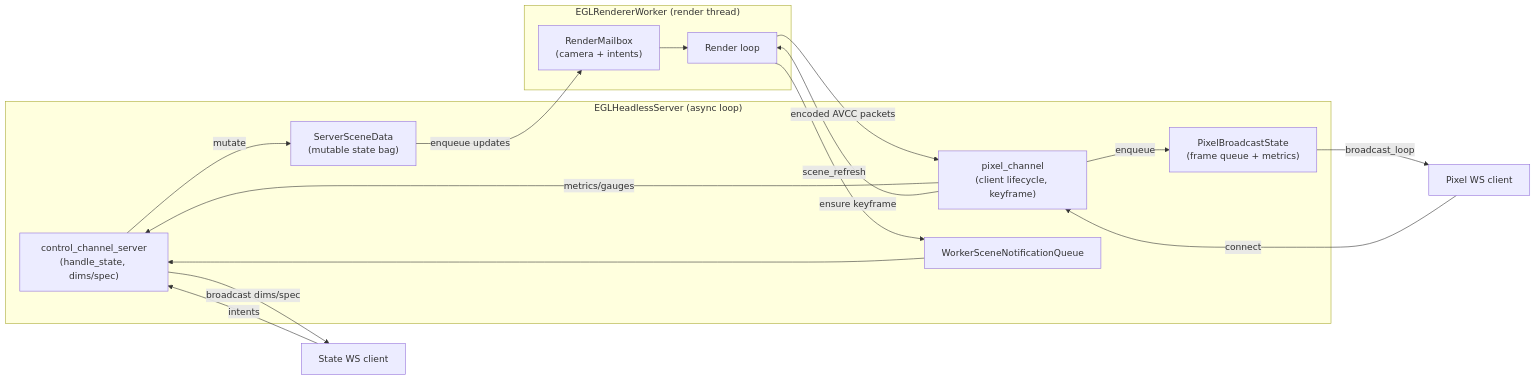
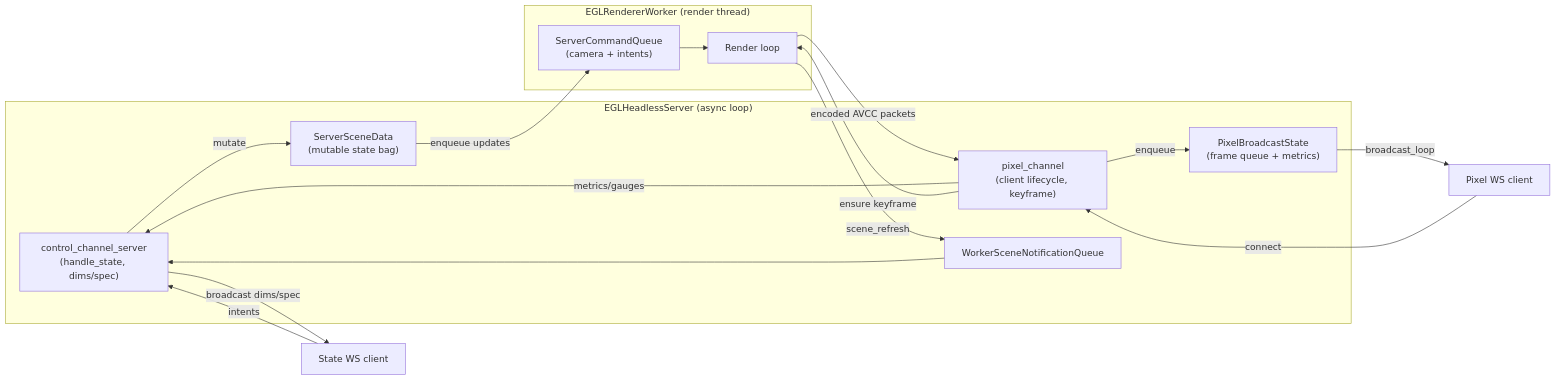
The diagram in docs/diagrams/pixel_channel.mmd (kirjner/napari-cuda), drawn with Mermaid before and after one commit. The commit also changed 18 other files, not shown here.

Commit message:
Replace worker mailbox with ledger-backed command queue and dims mirror

```diff
--- a/docs/diagrams/pixel_channel.mmd
+++ b/docs/diagrams/pixel_channel.mmd
@@ -1,35 +1,35 @@
 graph LR
     %% Async control loop components
     subgraph AsyncLoop["EGLHeadlessServer (async loop)"]
         SSC["control_channel_server\n(handle_state, dims/spec)"]
         PCH["pixel_channel\n(client lifecycle, keyframe)"]
         SceneBag["ServerSceneData\n(mutable state bag)"]
         PixelBag["PixelBroadcastState\n(frame queue + metrics)"]
         WQueue["WorkerSceneNotificationQueue"]
     end
 
     %% Worker thread + helpers
     subgraph WorkerThread["EGLRendererWorker (render thread)"]
         Worker["Render loop"]
-        SceneQueue["RenderMailbox\n(camera + intents)"]
+        SceneQueue["ServerCommandQueue\n(camera + intents)"]
     end
 
     %% Clients
     StateClient["State WS client"]
     PixelClient["Pixel WS client"]
 
     %% Data/control flow
     StateClient -->|intents| SSC
     SSC -->|mutate| SceneBag
     SSC -->|broadcast dims/spec| StateClient
     SceneBag -->|enqueue updates| SceneQueue
     SceneQueue --> Worker
     Worker -->|scene_refresh| WQueue
     WQueue --> SSC
 
     PixelClient -->|connect| PCH
     PCH -->|metrics/gauges| SSC
     Worker -->|encoded AVCC packets| PCH
     PCH -->|enqueue| PixelBag
     PixelBag -->|broadcast_loop| PixelClient
     PCH -->|ensure keyframe| Worker
```
